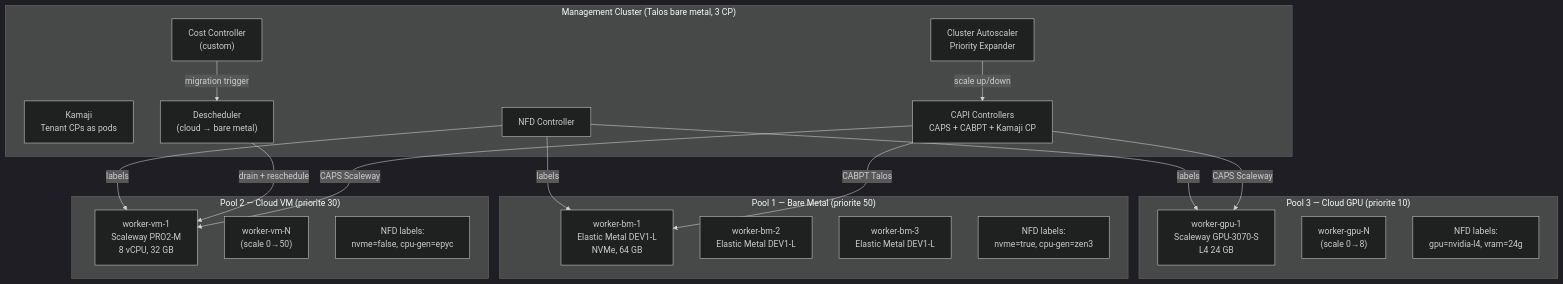
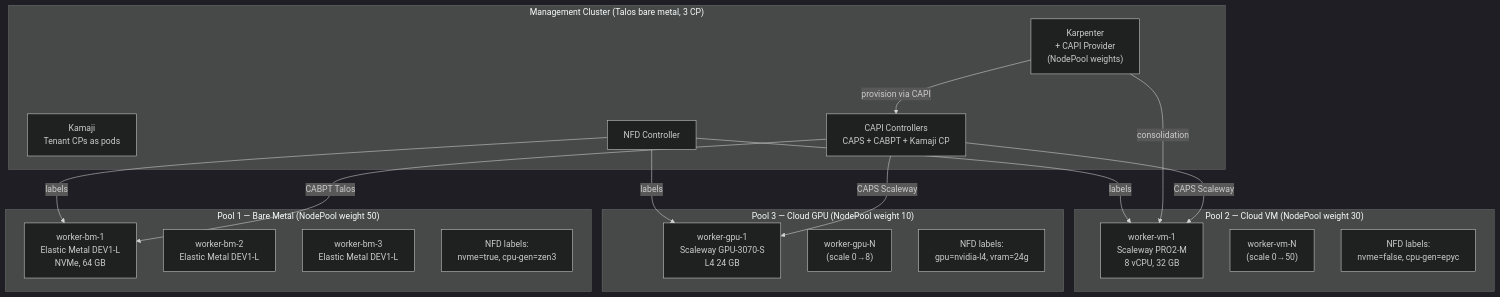
Before and after one commit to Destynova2/st4ck: the diagram in docs/adr/024-hybrid-autoscaling-architecture.md, drawn with Mermaid (dark theme). The commit also changed other lines of this file, not shown here.

First line of the commit message:
docs: ADR-024 v2 — Karpenter+CAPI replaces Cluster Autoscaler + tenant isolation

````diff
--- a/docs/adr/024-hybrid-autoscaling-architecture.md
+++ b/docs/adr/024-hybrid-autoscaling-architecture.md
@@ -39,40 +39,37 @@
 ```mermaid
 graph TB
     subgraph "Management Cluster (Talos bare metal, 3 CP)"
         KAMAJI["Kamaji<br/>Tenant CPs as pods"]
         CAPI["CAPI Controllers<br/>CAPS + CABPT + Kamaji CP"]
-        CA["Cluster Autoscaler<br/>Priority Expander"]
-        CC["Cost Controller<br/>(custom)"]
-        DESCH["Descheduler<br/>(cloud → bare metal)"]
+        KARP["Karpenter<br/>+ CAPI Provider<br/>(NodePool weights)"]
         NFD_CTRL["NFD Controller"]
     end
 
-    subgraph "Pool 1 — Bare Metal (priorite 50)"
+    subgraph "Pool 1 — Bare Metal (NodePool weight 50)"
         BM1["worker-bm-1<br/>Elastic Metal DEV1-L<br/>NVMe, 64 GB"]
         BM2["worker-bm-2<br/>Elastic Metal DEV1-L"]
         BM3["worker-bm-3<br/>Elastic Metal DEV1-L"]
         NFD1["NFD labels:<br/>nvme=true, cpu-gen=zen3"]
     end
 
-    subgraph "Pool 2 — Cloud VM (priorite 30)"
+    subgraph "Pool 2 — Cloud VM (NodePool weight 30)"
         VM1["worker-vm-1<br/>Scaleway PRO2-M<br/>8 vCPU, 32 GB"]
         VM2["worker-vm-N<br/>(scale 0→50)"]
         NFD2["NFD labels:<br/>nvme=false, cpu-gen=epyc"]
     end
 
-    subgraph "Pool 3 — Cloud GPU (priorite 10)"
+    subgraph "Pool 3 — Cloud GPU (NodePool weight 10)"
         GPU1["worker-gpu-1<br/>Scaleway GPU-3070-S<br/>L4 24 GB"]
         GPU2["worker-gpu-N<br/>(scale 0→8)"]
         NFD3["NFD labels:<br/>gpu=nvidia-l4, vram=24g"]
     end
 
-    CA -->|"scale up/down"| CAPI
+    KARP -->|"provision via CAPI"| CAPI
     CAPI -->|"CAPS Scaleway"| VM1
     CAPI -->|"CAPS Scaleway"| GPU1
     CAPI -->|"CABPT Talos"| BM1
-    CC -->|"migration trigger"| DESCH
-    DESCH -->|"drain + reschedule"| VM1
+    KARP -->|"consolidation"| VM1
     NFD_CTRL -->|"labels"| BM1
     NFD_CTRL -->|"labels"| VM1
     NFD_CTRL -->|"labels"| GPU1
 ```
````
